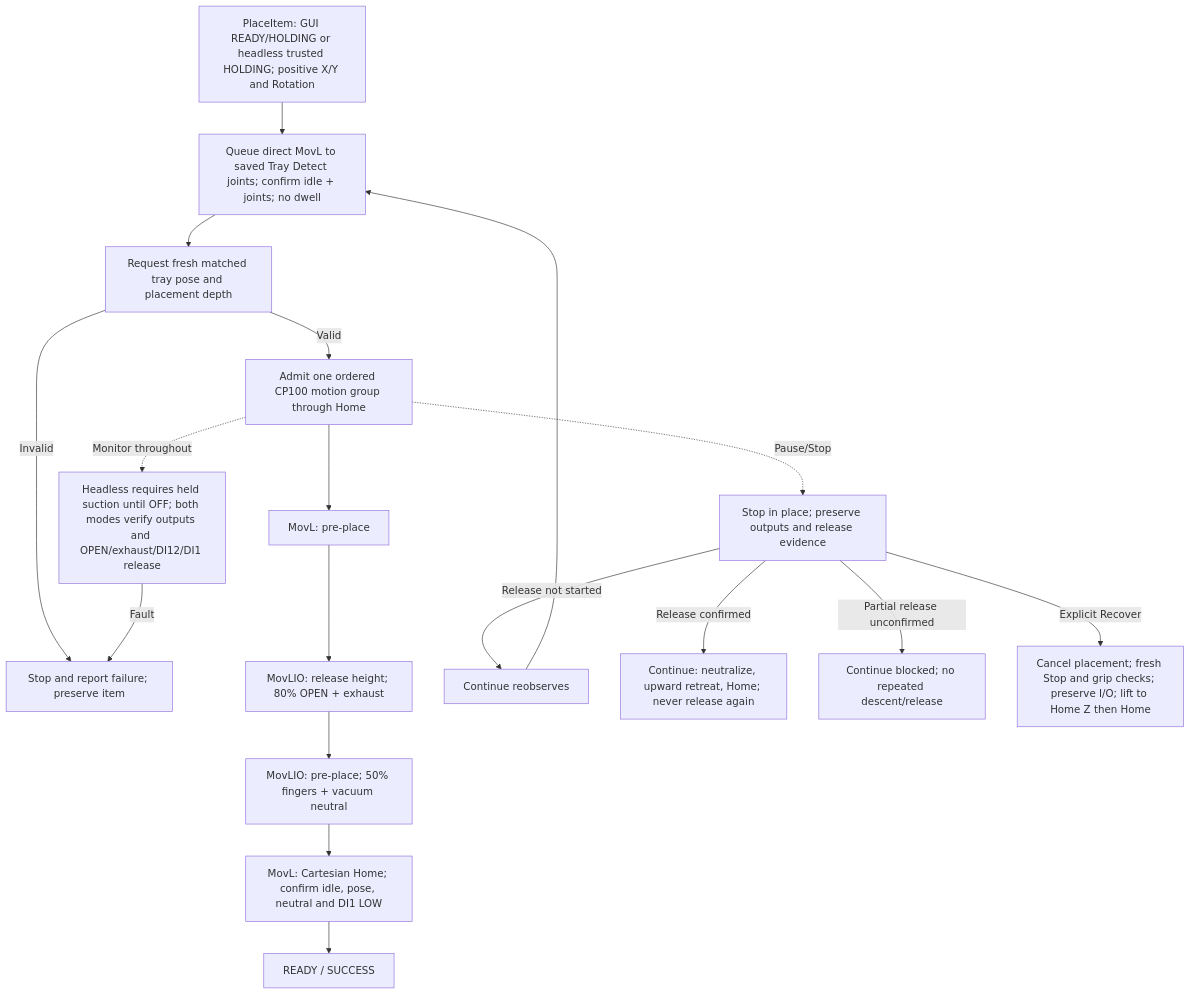
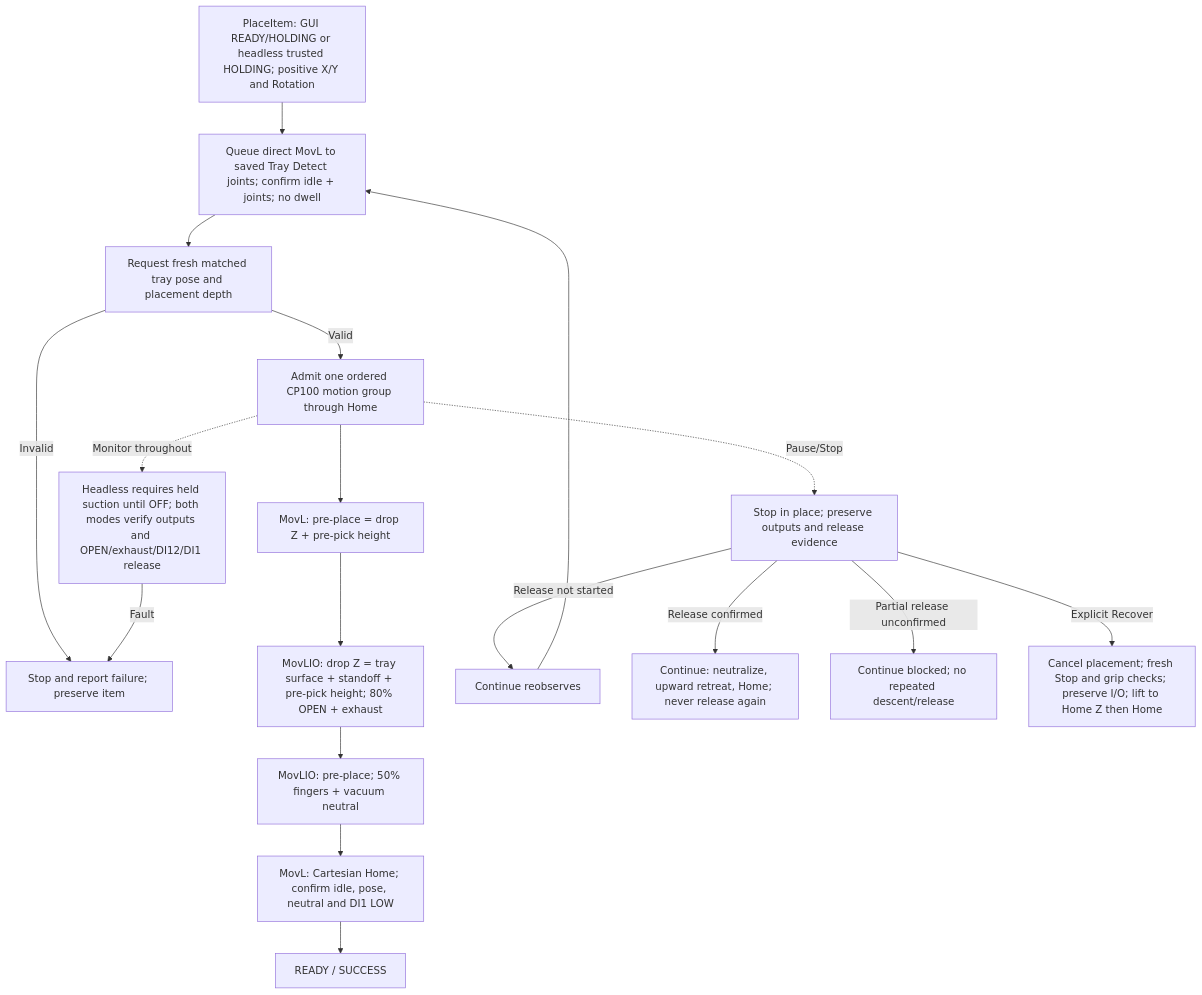
One commit to esgange/dobot_picknplace_yolo changed the fourth of 7 diagrams in docs/ROBOT_CONTROLLER_FSM.md. Above: the diagram before and after it, drawn with Mermaid. The commit also changed other lines of this file and 9 other files, not shown here.

Commit message:
Use item pre-pick height for tray placement drop target

````diff
--- a/docs/ROBOT_CONTROLLER_FSM.md
+++ b/docs/ROBOT_CONTROLLER_FSM.md
@@ -253,20 +254,20 @@
 ```mermaid
 flowchart TD
     Request["PlaceItem: GUI READY/HOLDING or headless trusted HOLDING; positive X/Y and Rotation"] --> Observe["Queue direct MovL to saved Tray Detect joints; confirm idle + joints; no dwell"]
     Observe --> Depth["Request fresh matched tray pose and placement depth"]
     Depth -->|Invalid| Stop["Stop and report failure; preserve item"]
     Depth -->|Valid| Queue["Admit one ordered CP100 motion group through Home"]
-    Queue --> Pre["MovL: pre-place"]
-    Pre --> Release["MovLIO: release height; 80% OPEN + exhaust"]
+    Queue --> Pre["MovL: pre-place = drop Z + pre-pick height"]
+    Pre --> Release["MovLIO: drop Z = tray surface + standoff + pre-pick height; 80% OPEN + exhaust"]
     Release --> Retract["MovLIO: pre-place; 50% fingers + vacuum neutral"]
     Retract --> Home["MovL: Cartesian Home; confirm idle, pose, neutral and DI1 LOW"]
     Home --> Ready["READY / SUCCESS"]
     Queue -. "Monitor throughout" .-> Feedback["Headless requires held suction until OFF; both modes verify outputs and OPEN/exhaust/DI12/DI1 release"]
     Feedback -->|Fault| Stop
     Queue -. "Pause/Stop" .-> Stopped["Stop in place; preserve outputs and release evidence"]
     Stopped -->|Release not started| Retry["Continue reobserves"]
     Retry --> Observe
     Stopped -->|Release confirmed| Recover["Continue: neutralize, upward retreat, Home; never release again"]
     Stopped -->|Partial release unconfirmed| Block["Continue blocked; no repeated descent/release"]
     Stopped -->|Explicit Recover| Cancel["Cancel placement; fresh Stop and grip checks; preserve I/O; lift to Home Z then Home"]
 ```
````
